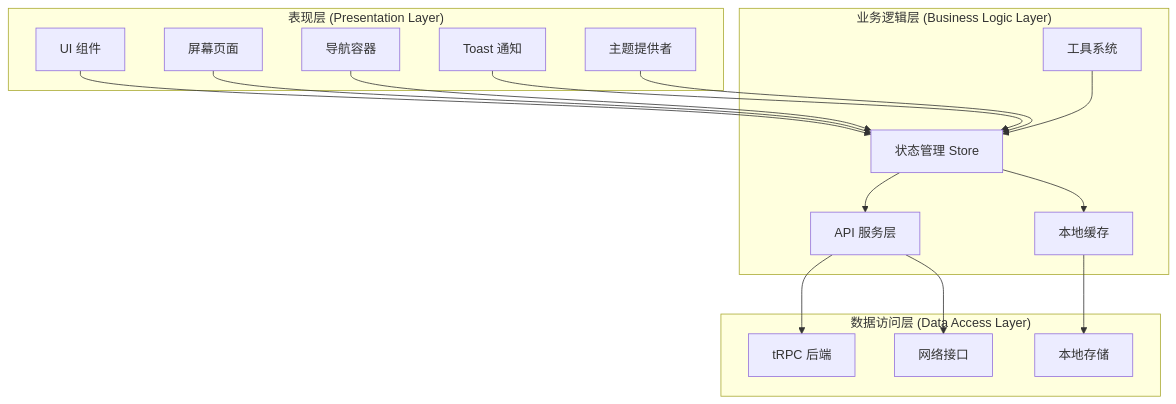
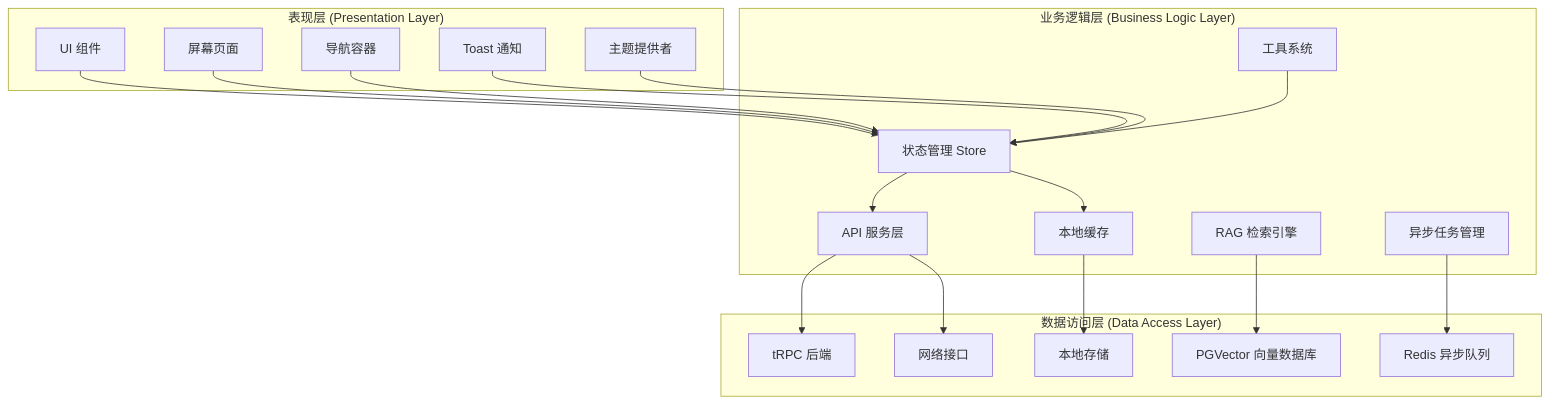
Before and after one commit to AvatoLabs/avato: the third of 16 diagrams in .qoder/repowiki/zh/content/开发指南/移动端开发指南.md, drawn with Mermaid. The commit also changed other lines of this file and 222 other files, not shown here.

````diff
--- a/.qoder/repowiki/zh/content/开发指南/移动端开发指南.md
+++ b/.qoder/repowiki/zh/content/开发指南/移动端开发指南.md
@@ -142,32 +142,38 @@
 ```mermaid
 graph TB
 subgraph "表现层 (Presentation Layer)"
 A[UI 组件]
 B[屏幕页面]
 C[导航容器]
 D[Toast 通知]
 E[主题提供者]
 end
 subgraph "业务逻辑层 (Business Logic Layer)"
 F[状态管理 Store]
 G[API 服务层]
 H[本地缓存]
 I[工具系统]
+J[RAG 检索引擎]
+K[异步任务管理]
 end
 subgraph "数据访问层 (Data Access Layer)"
-J[tRPC 后端]
-K[本地存储]
-L[网络接口]
+L[tRPC 后端]
+M[本地存储]
+N[网络接口]
+O[PGVector 向量数据库]
+P[Redis 异步队列]
 end
 A --> F
 B --> F
 C --> F
 D --> F
 E --> F
 F --> G
-G --> J
+G --> L
 F --> H
-H --> K
-G --> L
+H --> M
+G --> N
 I --> F
+J --> O
+K --> P
 ```
````
